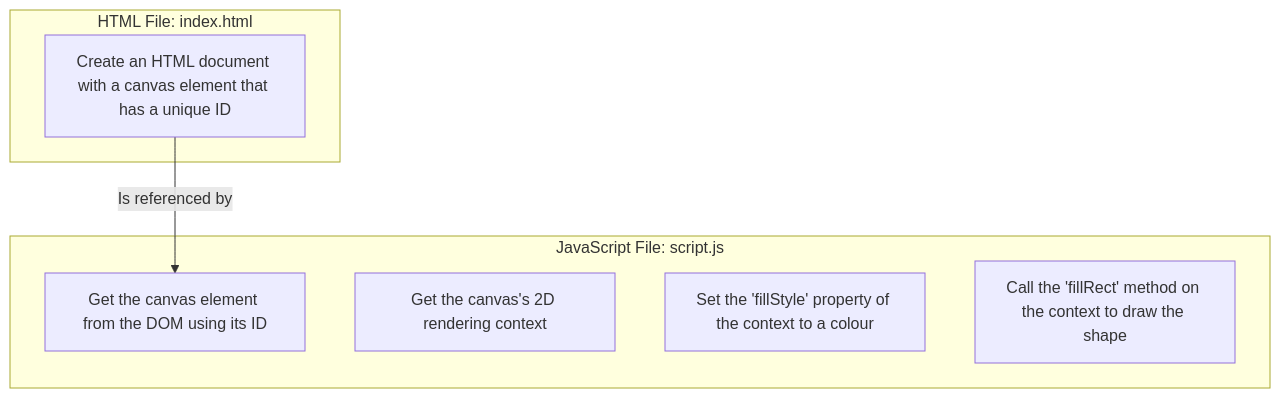
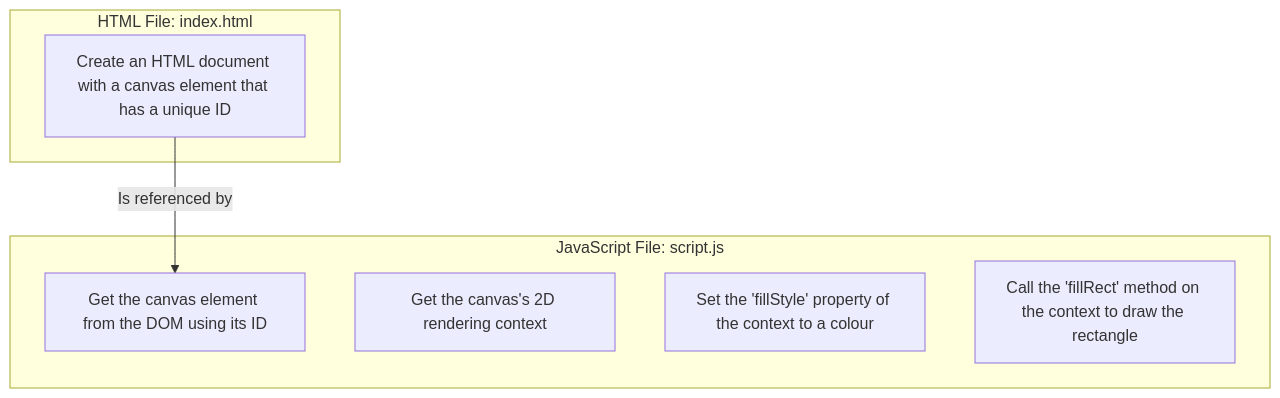
One commit to Tarawally/geometrica changed the diagram in docs/02-design-logs/rung-1-drawing-a-2d-shape.md. Above: the diagram before and after it, drawn with Mermaid.

Commit message:
docs: align terminology in rung 1 user story with implementation details

````diff
--- a/docs/02-design-logs/rung-1-drawing-a-2d-shape.md
+++ b/docs/02-design-logs/rung-1-drawing-a-2d-shape.md
@@ -22,15 +22,15 @@
 ```mermaid
 graph TD
     subgraph "HTML File: index.html"
         A[Create an HTML document with a canvas element that has a unique ID];
     end
 
     subgraph "JavaScript File: script.js"
         B[Get the canvas element from the DOM using its ID];
         C[Get the canvas's 2D rendering context];
         D[Set the 'fillStyle' property of the context to a colour];
-        E[Call the 'fillRect' method on the context to draw the shape];
+        E[Call the 'fillRect' method on the context to draw the rectangle];
     end
     
     A -- "Is referenced by" --> B;
 ```
````
